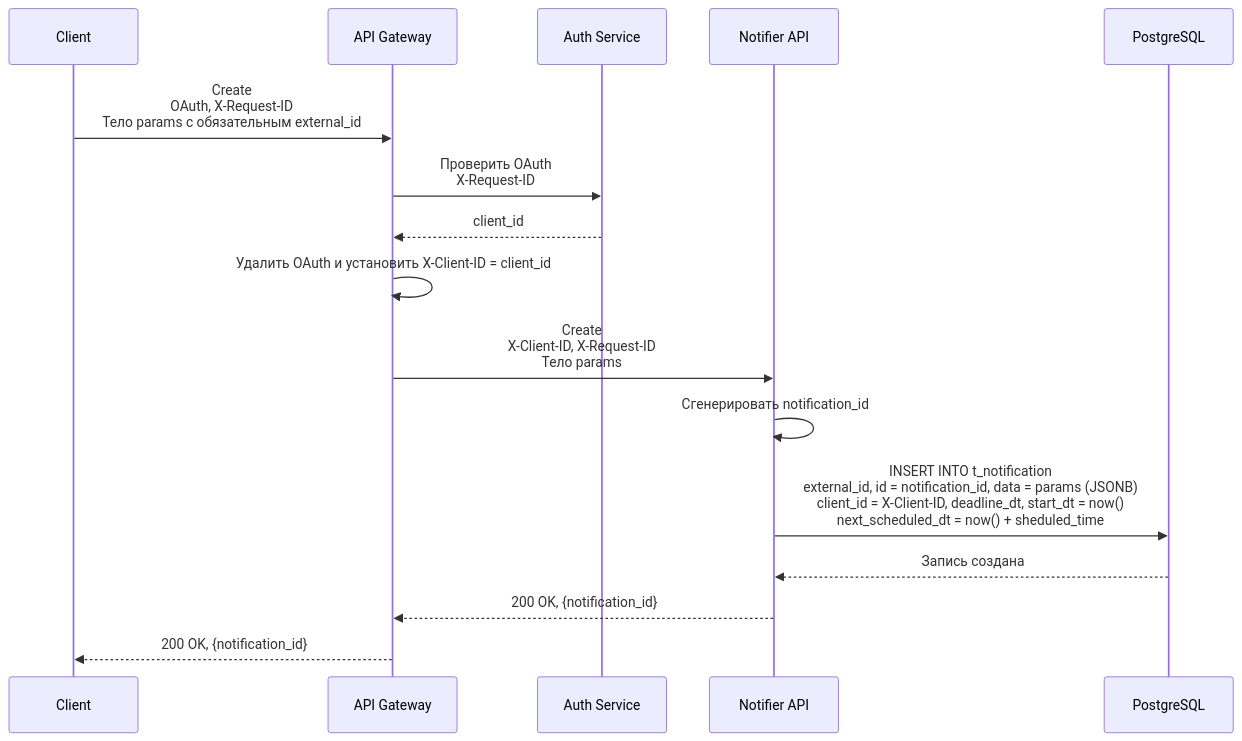
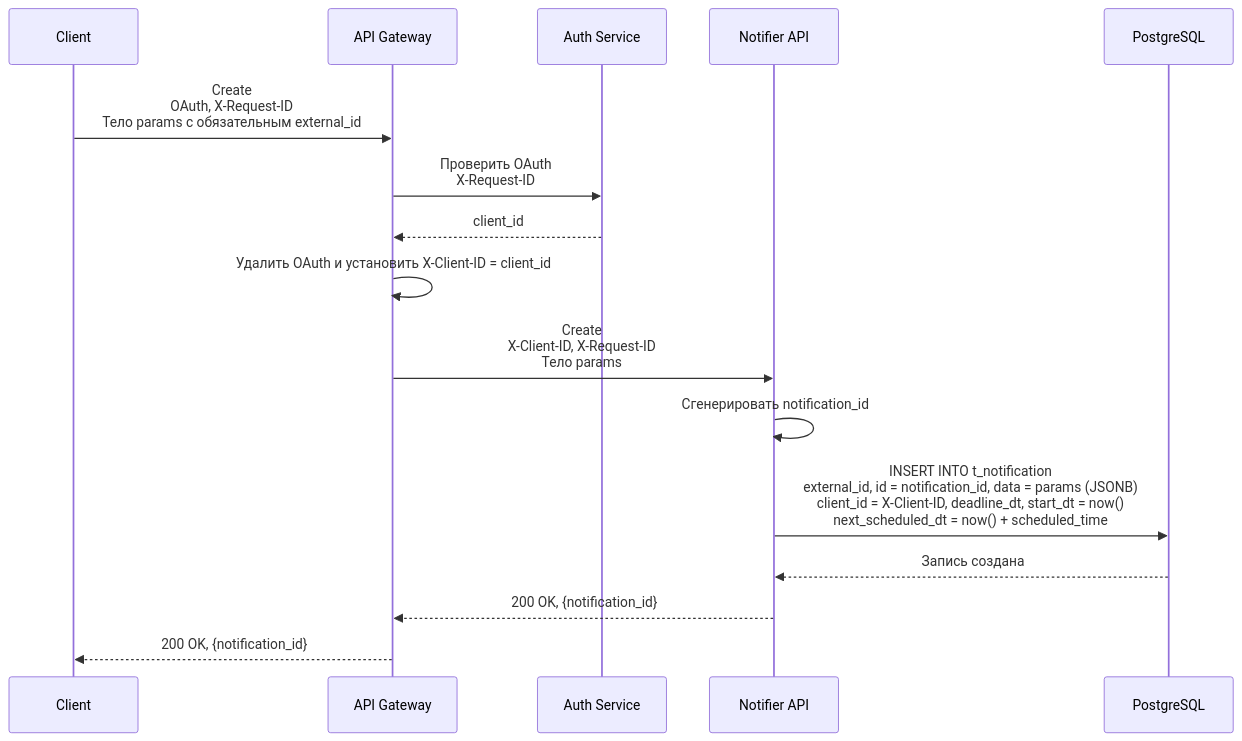
Before and after one commit to ssunshineguy/notifier: the first of 6 diagrams in README.md, drawn with Mermaid. The commit also changed other lines of this file and 41 other files, not shown here.

````diff
--- a/README.md
+++ b/README.md
@@ -39,19 +39,19 @@
 ```mermaid
 sequenceDiagram
     participant C as Client
     participant G as API Gateway
     participant A as Auth Service
     participant N as Notifier API
     participant DB as PostgreSQL
 
     C->>G: Create<br/>OAuth, X-Request-ID<br/>Тело params с обязательным external_id
     G->>A: Проверить OAuth<br/>X-Request-ID
     A-->>G: client_id
     G->>G: Удалить OAuth и установить X-Client-ID = client_id
     G->>N: Create<br/>X-Client-ID, X-Request-ID<br/>Тело params
     N->>N: Сгенерировать notification_id
-    N->>DB: INSERT INTO t_notification<br/>external_id, id = notification_id, data = params (JSONB)<br/>client_id = X-Client-ID, deadline_dt, start_dt = now()<br/>next_scheduled_dt = now() + sheduled_time
+    N->>DB: INSERT INTO t_notification<br/>external_id, id = notification_id, data = params (JSONB)<br/>client_id = X-Client-ID, deadline_dt, start_dt = now()<br/>next_scheduled_dt = now() + scheduled_time
     DB-->>N: Запись создана
     N-->>G: 200 OK, {notification_id}
     G-->>C: 200 OK, {notification_id}
 ```
````
